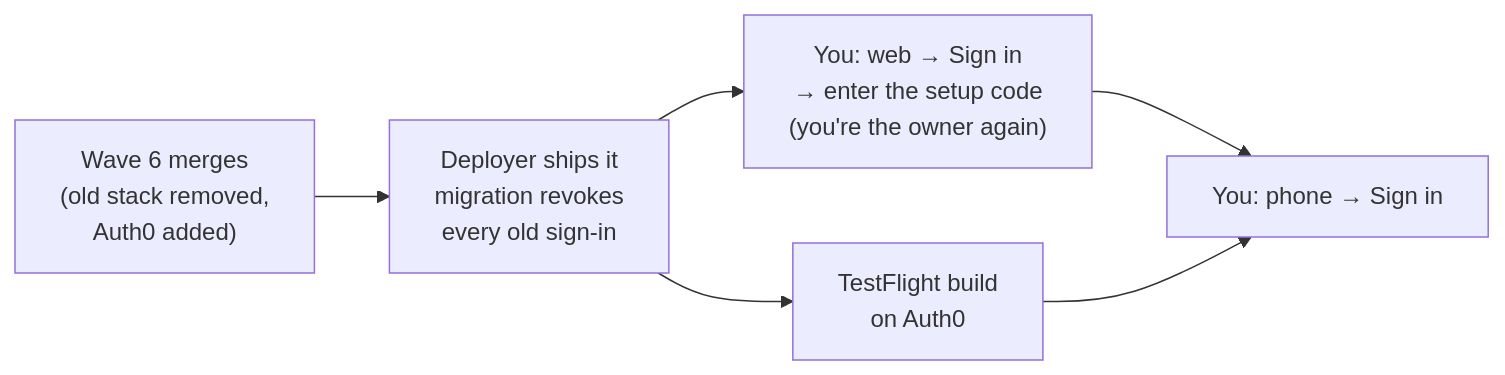
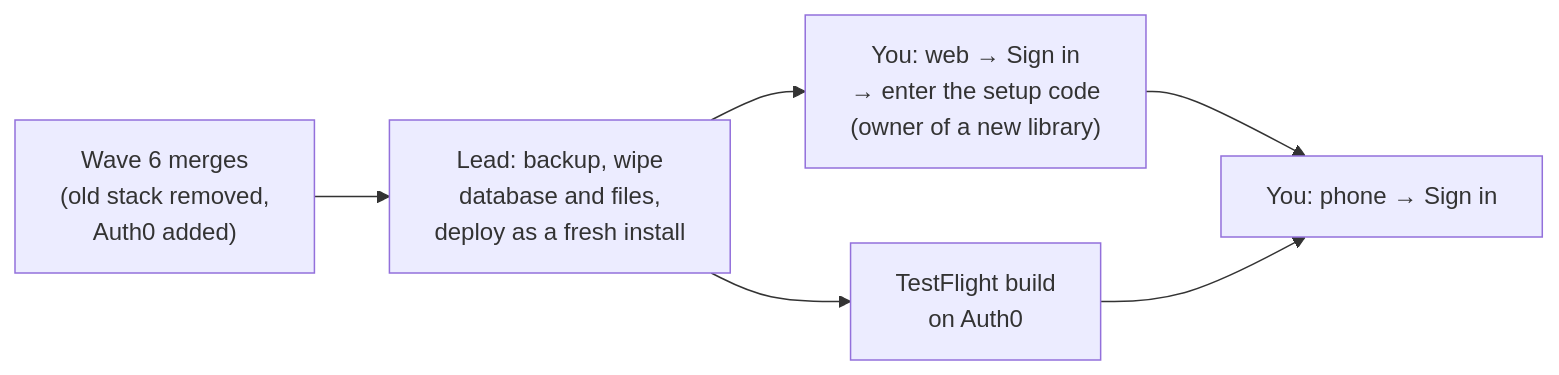
The third of 3 diagrams in docs/14-auth0-migration.md (coryfinnegan/CollectionMaxxing), drawn with Mermaid before and after one commit. The commit also changed other lines of this file and 2 other files, not shown here.

First line of the commit message:
Accept the Auth0 plan: wipe to a fresh install at cutover (D-7)

````diff
--- a/docs/14-auth0-migration.md
+++ b/docs/14-auth0-migration.md
@@ -183,8 +183,8 @@
 ```mermaid
 flowchart LR
-  M["Wave 6 merges<br/>(old stack removed,<br/>Auth0 added)"] --> D["Deployer ships it<br/>migration revokes<br/>every old sign-in"]
-  D --> W["You: web → Sign in<br/>→ enter the setup code<br/>(you're the owner again)"]
+  M["Wave 6 merges<br/>(old stack removed,<br/>Auth0 added)"] --> D["Lead: backup, wipe<br/>database and files,<br/>deploy as a fresh install"]
+  D --> W["You: web → Sign in<br/>→ enter the setup code<br/>(owner of a new library)"]
   D --> T["TestFlight build<br/>on Auth0"]
   W --> P["You: phone → Sign in"]
   T --> P
 ```
````
